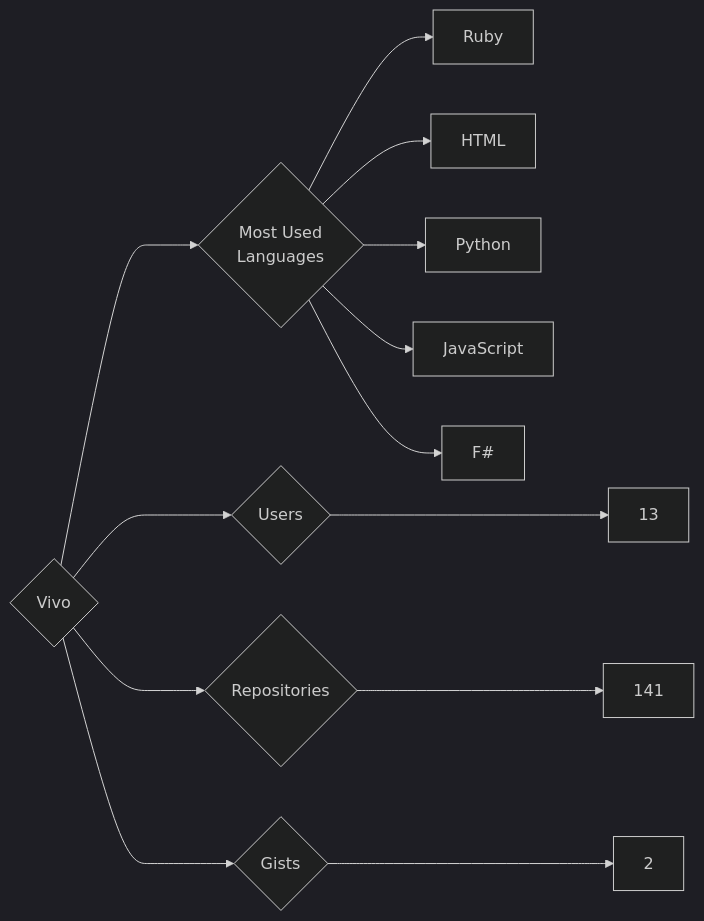
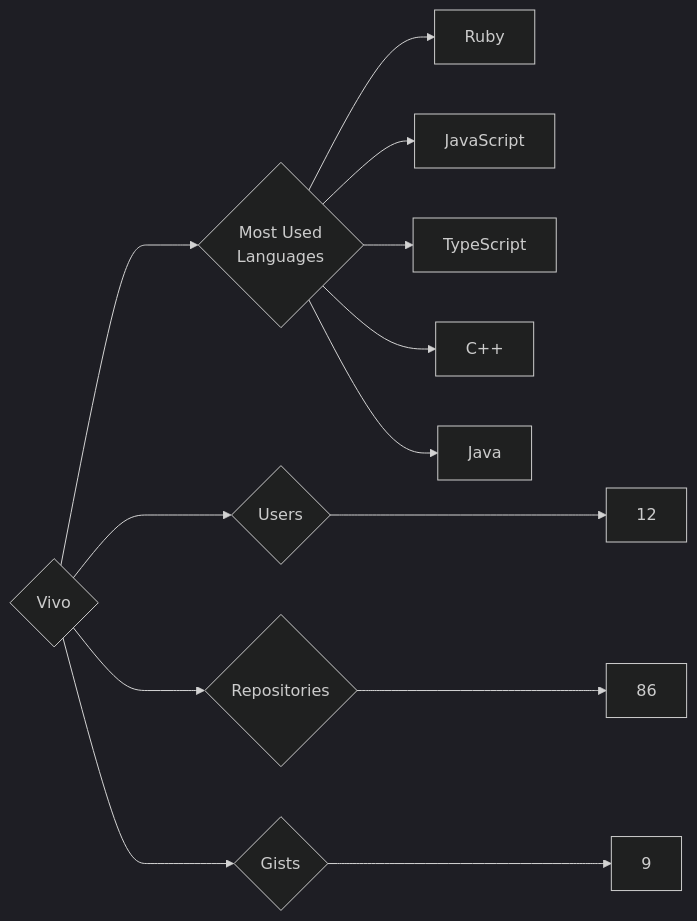
One commit to trickest/insiders changed the diagram in targets/Vivo/README.md. Above: the diagram before and after it, drawn with Mermaid (dark theme). The commit also changed 912 other files, not shown here.

````diff
--- a/targets/Vivo/README.md
+++ b/targets/Vivo/README.md
@@ -3,13 +3,13 @@
 ```mermaid
 graph LR
 COMPANY_NAME{Vivo}
-COMPANY_NAME ---> U{Users} ---> UN[13]
-COMPANY_NAME ---> R{Repositories} ---> RN[141]
-COMPANY_NAME ---> G{Gists} ---> GN[2]
+COMPANY_NAME ---> U{Users} ---> UN[12]
+COMPANY_NAME ---> R{Repositories} ---> RN[86]
+COMPANY_NAME ---> G{Gists} ---> GN[9]
 COMPANY_NAME ---> ML{Most Used<br>Languages}
 ML --> Ruby[Ruby]
-ML --> HTML[HTML]
-ML --> Python[Python]
 ML --> JavaScript[JavaScript]
-ML --> F#[F#]
+ML --> TypeScript[TypeScript]
+ML --> C++[C++]
+ML --> Java[Java]
 ```
````
